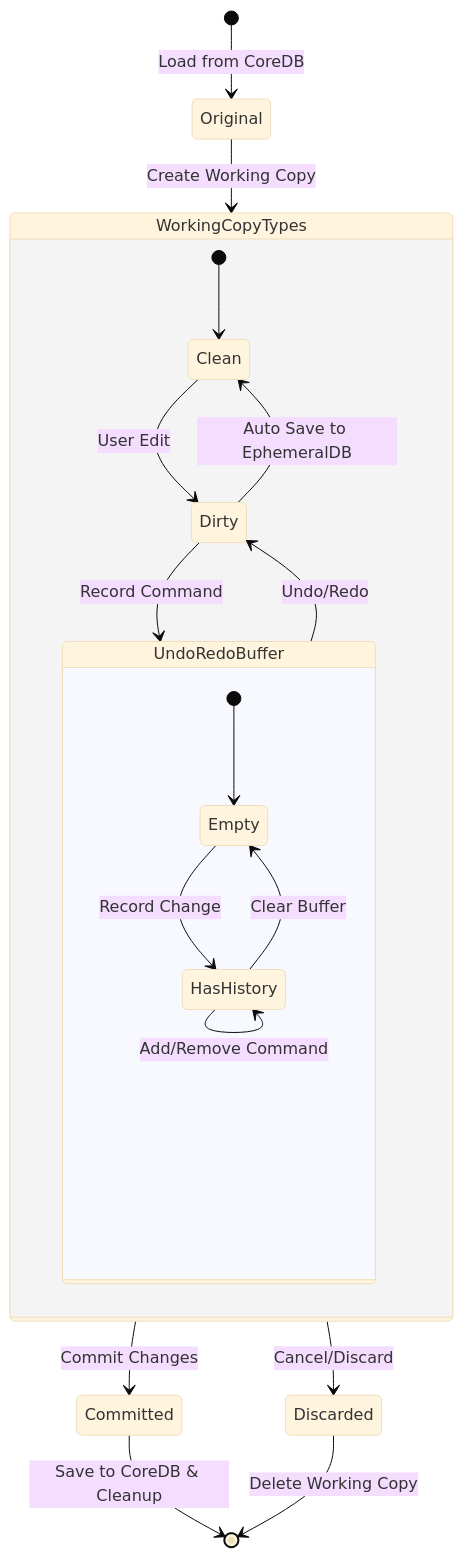
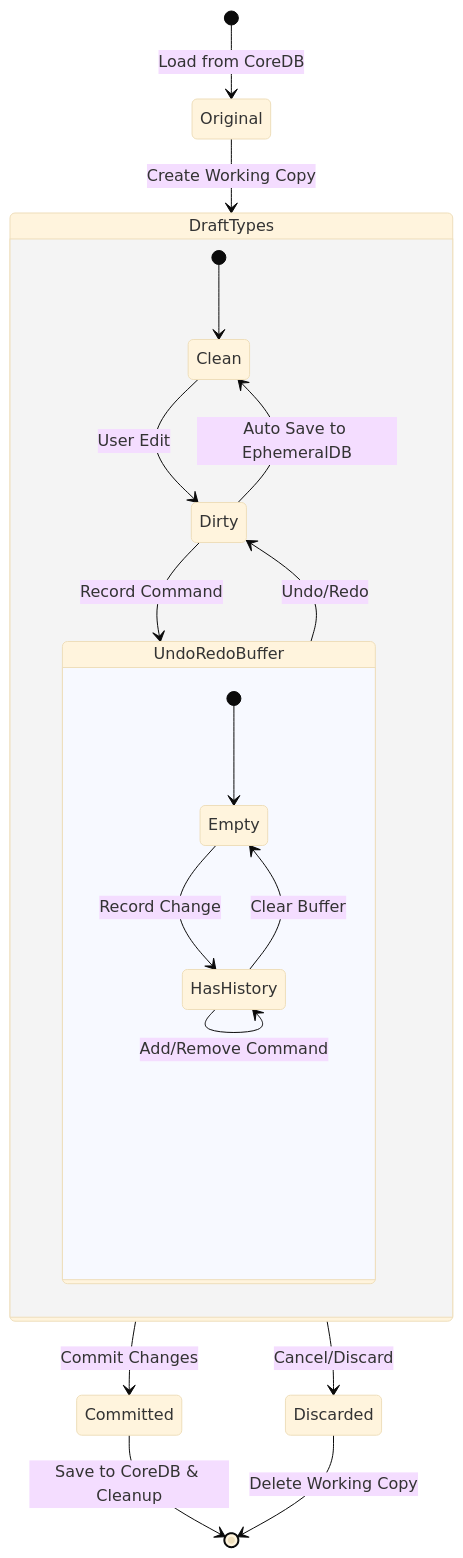
Before and after one commit to kubohiroya/hierarchidb: the sixth of 10 diagrams in docs/deprecated/REPORT/design/plugin-stylemap/dataflow.md, drawn with Mermaid (base theme). The commit also changed other lines of this file and 796 other files, not shown here.

````diff
--- a/docs/deprecated/REPORT/design/plugin-stylemap/dataflow.md
+++ b/docs/deprecated/REPORT/design/plugin-stylemap/dataflow.md
@@ -262,27 +262,27 @@
 ```mermaid
 stateDiagram-v2
     [*] --> Original: Load from CoreDB
-    Original --> WorkingCopyTypes: Create Working Copy
+    Original --> DraftTypes: Create Working Copy
     
-    state WorkingCopyTypes {
+    state DraftTypes {
         [*] --> Clean
         Clean --> Dirty: User Edit
         Dirty --> Clean: Auto Save to EphemeralDB
         
         state UndoRedoBuffer {
             [*] --> Empty
             Empty --> HasHistory: Record Change
             HasHistory --> Empty: Clear Buffer
             HasHistory --> HasHistory: Add/Remove Command
         }
         
         Dirty --> UndoRedoBuffer: Record Command
         UndoRedoBuffer --> Dirty: Undo/Redo
     }
     
-    WorkingCopyTypes --> Committed: Commit Changes
-    WorkingCopyTypes --> Discarded: Cancel/Discard
+    DraftTypes --> Committed: Commit Changes
+    DraftTypes --> Discarded: Cancel/Discard
     
     Committed --> [*]: Save to CoreDB & Cleanup
     Discarded --> [*]: Delete Working Copy
 ```
````
